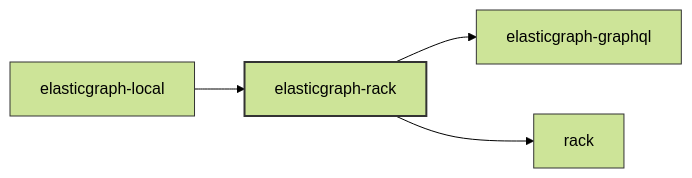
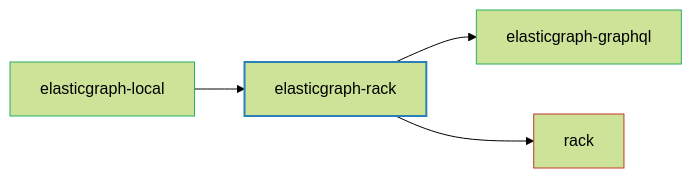
The diagram in elasticgraph-rack/README.md (block/elasticgraph), drawn with Mermaid (forest theme) before and after one commit. The commit also changed 21 other files, not shown here.

````diff
--- a/elasticgraph-rack/README.md
+++ b/elasticgraph-rack/README.md
@@ -10,14 +10,14 @@
 ```mermaid
 graph LR;
+    elasticgraph-rack["elasticgraph-rack"];
+    elasticgraph-graphql["elasticgraph-graphql"];
     elasticgraph-rack --> elasticgraph-graphql;
+    rack["rack"];
     elasticgraph-rack --> rack;
+    elasticgraph-local["elasticgraph-local"];
     elasticgraph-local --> elasticgraph-rack;
-    classDef currentGemStyle fill:#lightblue,stroke:#333,stroke-width:2px;
-    classDef internalEgGemStyle fill:#lightgreen,stroke:#333,stroke-width:1px;
-    classDef externalGemStyle fill:#lightcoral,stroke:#333,stroke-width:1px;
-    classDef placeholderNodeStyle fill:#eee,stroke:#333,stroke-width:1px;
-    class elasticgraph-rack currentGemStyle;
-    class elasticgraph-graphql internalEgGemStyle;
-    class rack externalGemStyle;
-    class elasticgraph-local internalEgGemStyle;
+    style elasticgraph-rack fill:#lightblue,stroke:#2980b9,stroke-width:2px,color:#000;
+    style elasticgraph-graphql fill:#lightgreen,stroke:#27ae60,stroke-width:1px,color:#000;
+    style rack fill:#lightcoral,stroke:#c0392b,stroke-width:1px,color:#000;
+    style elasticgraph-local fill:#lightgreen,stroke:#27ae60,stroke-width:1px,color:#000;
 ```
````
